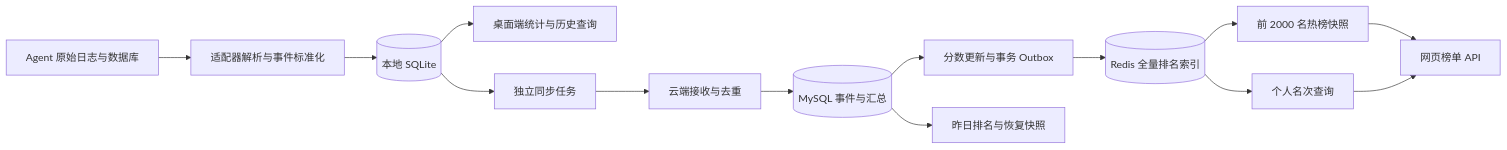
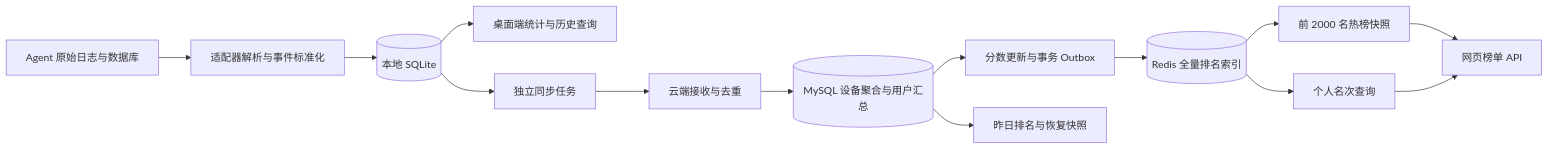
One commit to DarrenHoo-10/token_dance changed the diagram in docs/offline-storage-and-leaderboard-optimization-v1.md. Above: the diagram before and after it, drawn with Mermaid. The commit also changed other lines of this file, not shown here.

````diff
--- a/docs/offline-storage-and-leaderboard-optimization-v1.md
+++ b/docs/offline-storage-and-leaderboard-optimization-v1.md
@@ -56,16 +57,16 @@
 ```mermaid
 flowchart LR
     A[Agent 原始日志与数据库] --> B[适配器解析与事件标准化]
     B --> C[(本地 SQLite)]
     C --> D[桌面端统计与历史查询]
     C --> E[独立同步任务]
     E --> F[云端接收与去重]
-    F --> G[(MySQL 事件与汇总)]
+    F --> G[(MySQL 设备聚合与用户汇总)]
     G --> H[分数更新与事务 Outbox]
     H --> I[(Redis 全量排名索引)]
     I --> J[前 2000 名热榜快照]
     I --> K[个人名次查询]
     J --> L[网页榜单 API]
     K --> L
     G --> M[昨日排名与恢复快照]
 ```
````
